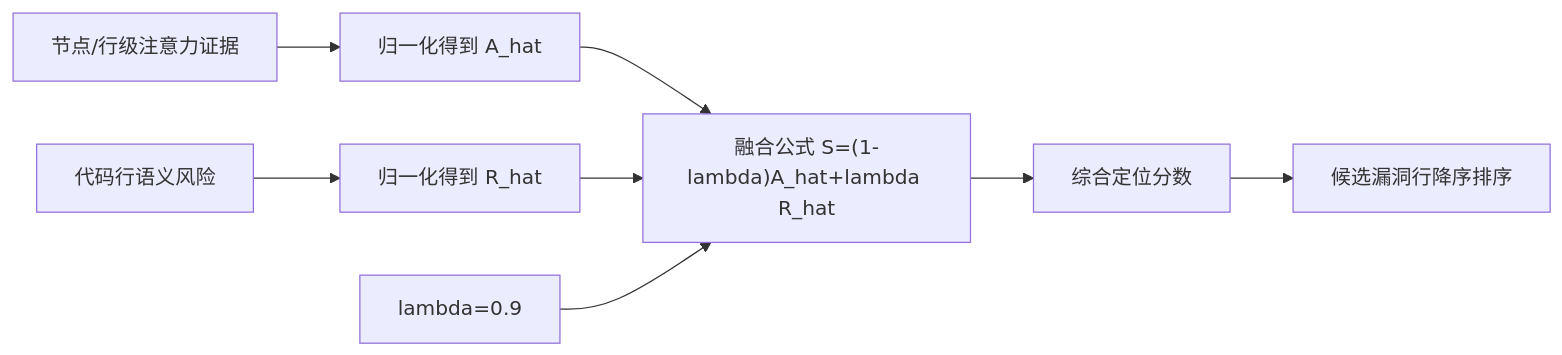
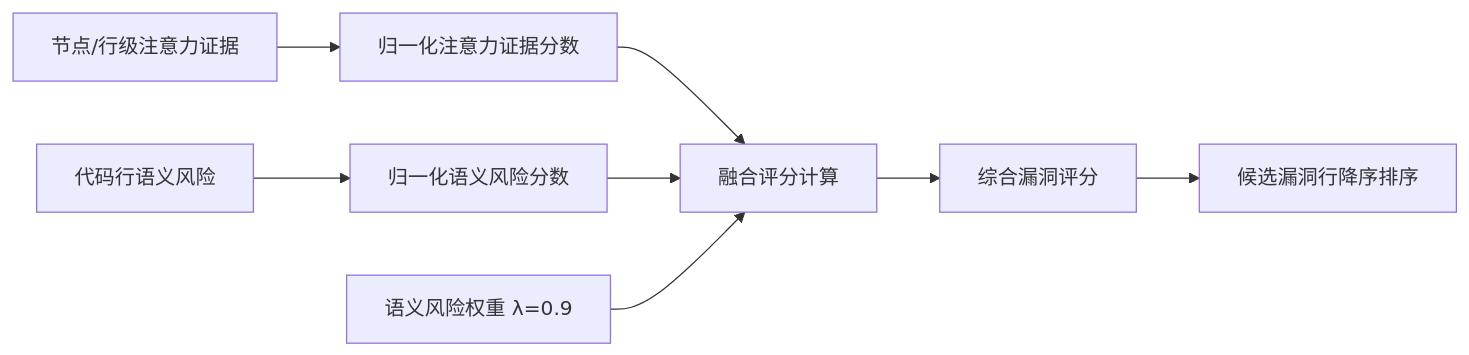
One commit to ATao-Zhang/msgvd changed the second of 2 diagrams in docs/thesis/chapter3_method_design.md. Above: the diagram before and after it, drawn with Mermaid. The commit also changed other lines of this file, not shown here.

Commit message:
fix: 修复论文公式与流程图在 GitHub 中的显示问题

````diff
--- a/docs/thesis/chapter3_method_design.md
+++ b/docs/thesis/chapter3_method_design.md
@@ -82,10 +82,10 @@
 ```mermaid
 flowchart LR
-    A["节点/行级注意力证据"] --> B["归一化得到 A_hat"]
-    C["代码行语义风险"] --> D["归一化得到 R_hat"]
-    B --> E["融合公式 S=(1-lambda)A_hat+lambda R_hat"]
+    A["节点/行级注意力证据"] --> B["归一化注意力证据分数"]
+    C["代码行语义风险"] --> D["归一化语义风险分数"]
+    B --> E["融合评分计算"]
     D --> E
-    L["lambda=0.9"] --> E
-    E --> F["综合定位分数"]
+    L["语义风险权重 λ=0.9"] --> E
+    E --> F["综合漏洞评分"]
     F --> G["候选漏洞行降序排序"]
 ```
````
